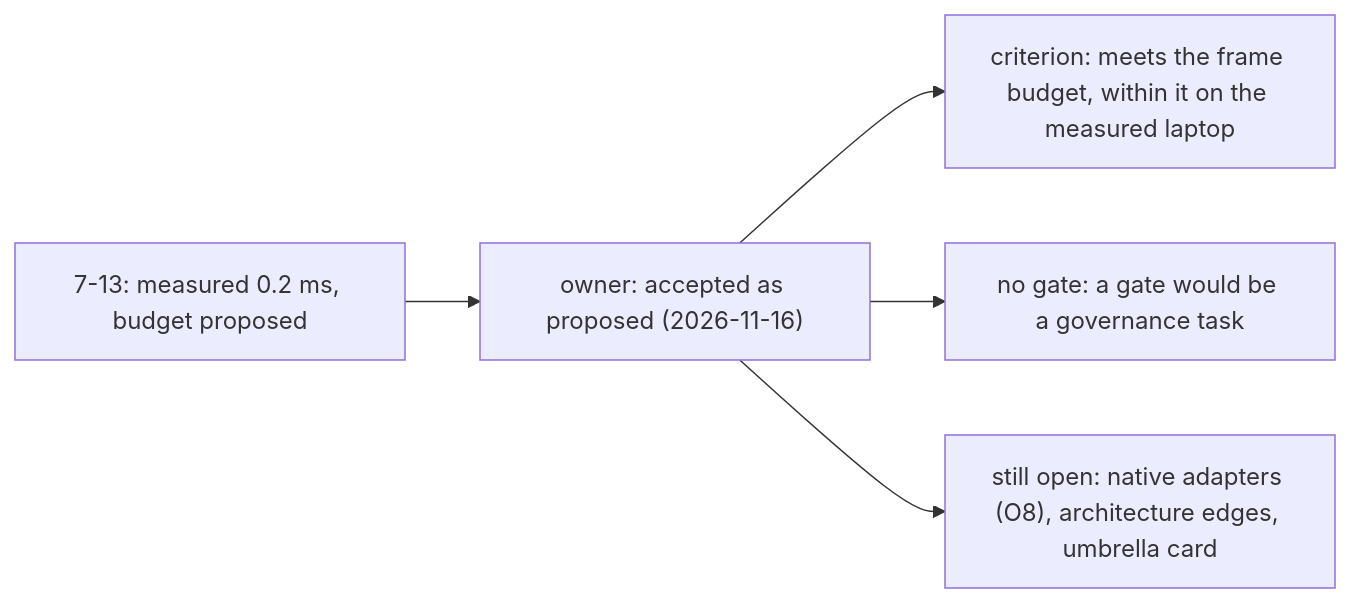
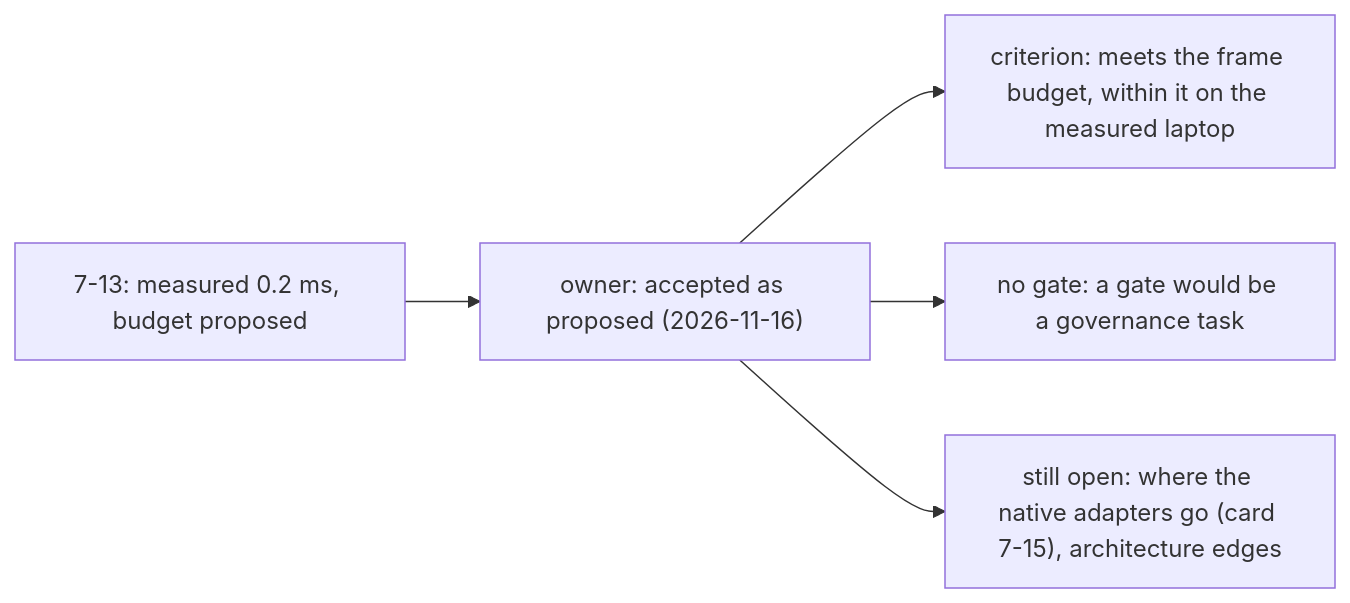
Before and after one commit to giamat90/DuckEngine: the third of 3 diagrams in wiki/spikes/phase7-milestone-review.md, drawn with Mermaid. The commit also changed other lines of this file and 4 other files, not shown here.

````diff
--- a/wiki/spikes/phase7-milestone-review.md
+++ b/wiki/spikes/phase7-milestone-review.md
@@ -245,7 +247,7 @@
 ```mermaid
 flowchart LR
   p["7-13: measured 0.2 ms, budget proposed"] --> a["owner: accepted as proposed (2026-11-16)"]
   a --> c["criterion: meets the frame budget, within it on the measured laptop"]
   a --> g["no gate: a gate would be a governance task"]
-  a --> o["still open: native adapters (O8), architecture edges, umbrella card"]
+  a --> o["still open: where the native adapters go (card 7-15), architecture edges"]
 ```
````
